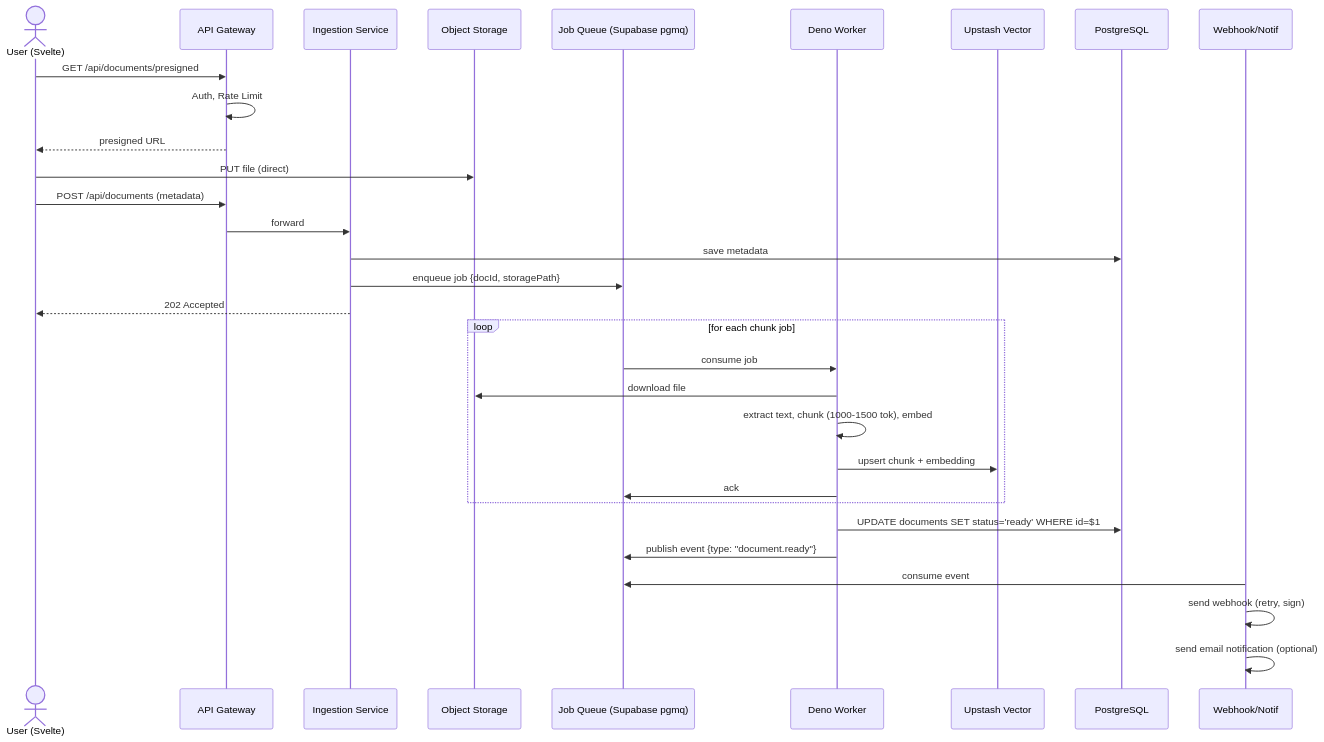
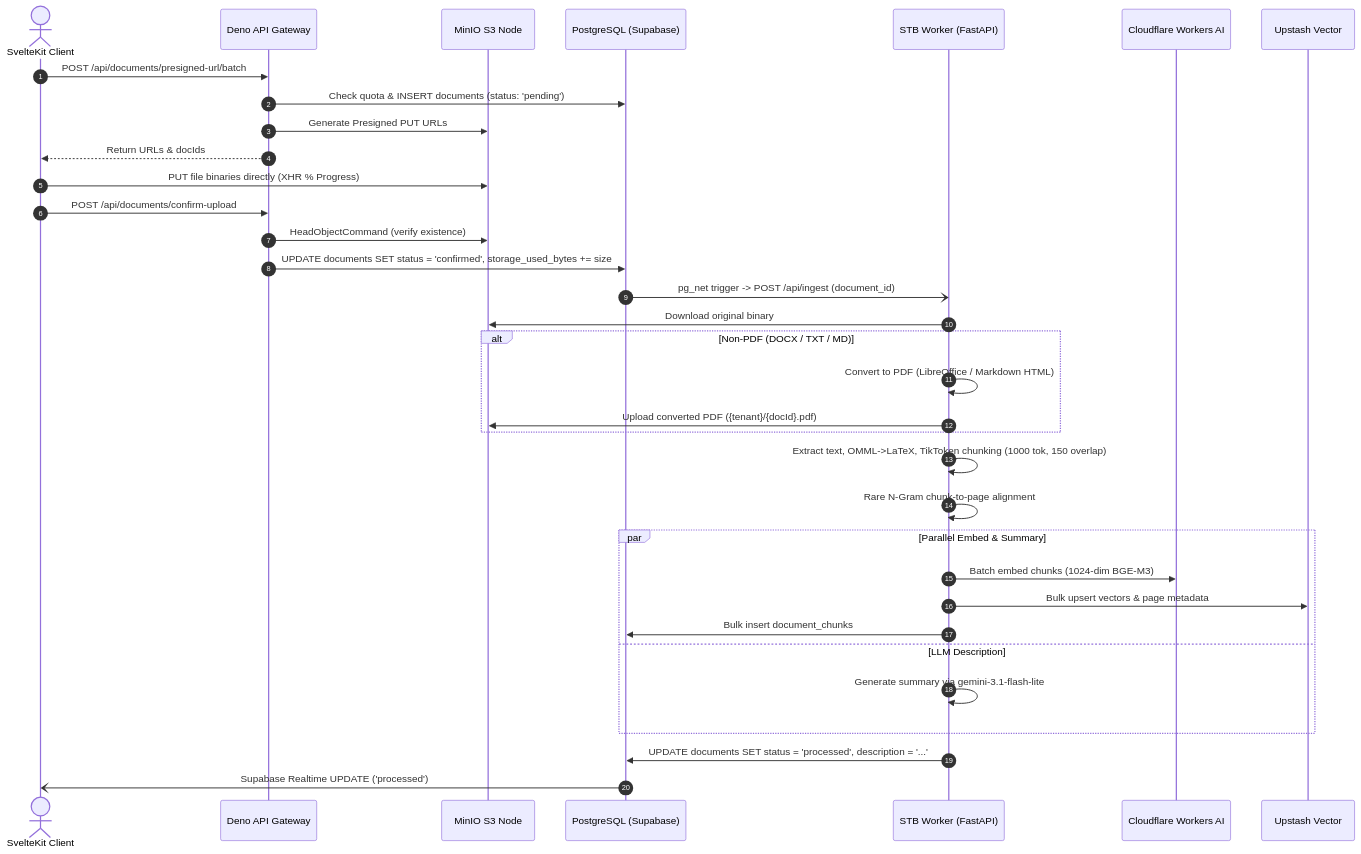
Before and after one commit to kanzhamada/Dokyudo: the first of 2 diagrams in docs/management/PRD.md, drawn with Mermaid. The commit also changed other lines of this file and 3 other files, not shown here.

````diff
--- a/docs/management/PRD.md
+++ b/docs/management/PRD.md
@@ -447,36 +430,41 @@
 ```mermaid
 sequenceDiagram
-    actor U as User (Svelte)
-    participant GW as API Gateway
-    participant IS as Ingestion Service
-    participant MinIO as Object Storage
-    participant Q as Job Queue (Supabase pgmq)
-    participant EW as Deno Worker
-    participant VDB as Upstash Vector
-    participant DB as PostgreSQL
-    participant WH as Webhook/Notif
+    autonumber
+    actor Client as SvelteKit Client
+    participant API as Deno API Gateway
+    participant MinIO as MinIO S3 Node
+    participant DB as PostgreSQL (Supabase)
+    participant Worker as STB Worker (FastAPI)
+    participant CF as Cloudflare Workers AI
+    participant UV as Upstash Vector
 
-    U->>GW: GET /api/documents/presigned
-    GW->>GW: Auth, Rate Limit
-    GW-->>U: presigned URL
-    U->>MinIO: PUT file (direct)
-    U->>GW: POST /api/documents (metadata)
-    GW->>IS: forward
-    IS->>DB: save metadata
-    IS->>Q: enqueue job {docId, storagePath}
-    IS-->>U: 202 Accepted
+    Client->>API: POST /api/documents/presigned-url/batch
+    API->>DB: Check quota & INSERT documents (status: 'pending')
+    API->>MinIO: Generate Presigned PUT URLs
+    API-->>Client: Return URLs & docIds
 
-    loop for each chunk job
-        Q->>EW: consume job
-        EW->>MinIO: download file
-        EW->>EW: extract text, chunk (1000-1500 tok), embed
-        EW->>VDB: upsert chunk + embedding
-        EW->>Q: ack
+    Client->>MinIO: PUT file binaries directly (XHR % Progress)
+    Client->>API: POST /api/documents/confirm-upload
+    API->>MinIO: HeadObjectCommand (verify existence)
+    API->>DB: UPDATE documents SET status = 'confirmed', storage_used_bytes += size
+
+    DB-)Worker: pg_net trigger -> POST /api/ingest (document_id)
+    Worker->>MinIO: Download original binary
+    alt Non-PDF (DOCX / TXT / MD)
+        Worker->>Worker: Convert to PDF (LibreOffice / Markdown HTML)
+        Worker->>MinIO: Upload converted PDF ({tenant}/{docId}.pdf)
+    end
+    Worker->>Worker: Extract text, OMML->LaTeX, TikToken chunking (1000 tok, 150 overlap)
+    Worker->>Worker: Rare N-Gram chunk-to-page alignment
+
+    par Parallel Embed & Summary
+        Worker->>CF: Batch embed chunks (1024-dim BGE-M3)
+        Worker->>UV: Bulk upsert vectors & page metadata
+        Worker->>DB: Bulk insert document_chunks
+    and LLM Description
+        Worker->>Worker: Generate summary via gemini-3.1-flash-lite
     end
 
-    EW->>DB: UPDATE documents SET status='ready' WHERE id=$1
-    EW->>Q: publish event {type: "document.ready"}
-    WH->>Q: consume event
-    WH->>WH: send webhook (retry, sign)
-    WH->>WH: send email notification (optional)
+    Worker->>DB: UPDATE documents SET status = 'processed', description = '...'
+    DB-)Client: Supabase Realtime UPDATE ('processed')
 ```
````
